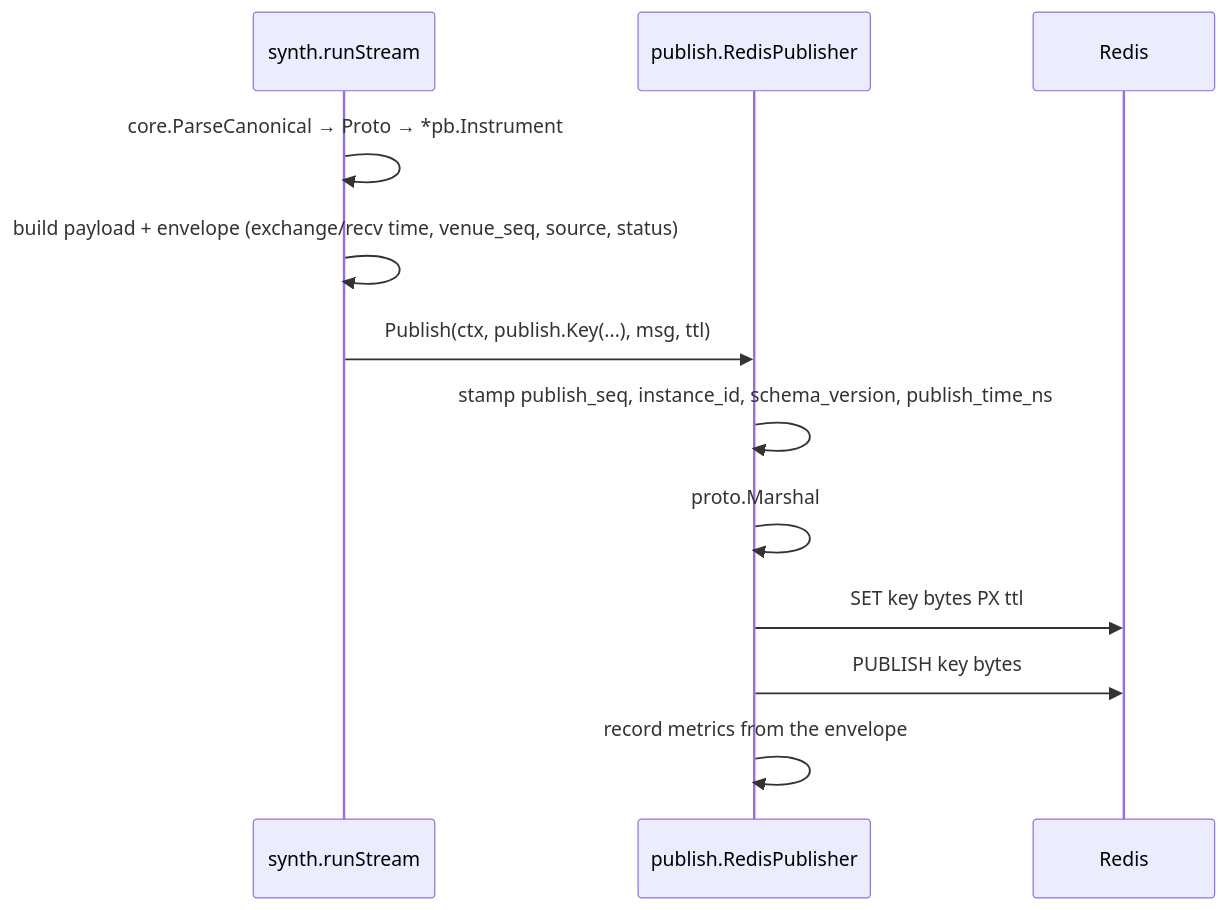
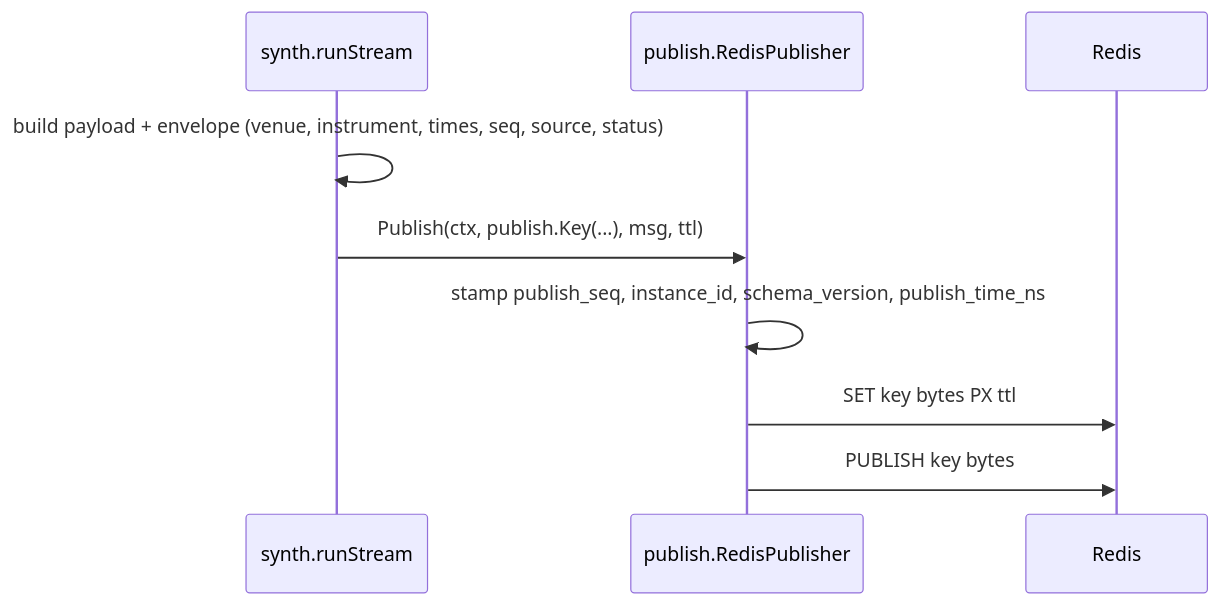
One commit to mrfatolahi1/Manooch changed the second of 2 diagrams in docs/architecture.md. Above: the diagram before and after it, drawn with Mermaid. The commit also changed other lines of this file and 10 other files, not shown here.

````diff
--- a/docs/architecture.md
+++ b/docs/architecture.md
@@ -50,14 +44,11 @@
 ```mermaid
 sequenceDiagram
   participant S as synth.runStream
   participant P as publish.RedisPublisher
   participant R as Redis
-  S->>S: core.ParseCanonical → Proto → *pb.Instrument
-  S->>S: build payload + envelope (exchange/recv time, venue_seq, source, status)
+  S->>S: build payload + envelope (venue, instrument, times, seq, source, status)
   S->>P: Publish(ctx, publish.Key(...), msg, ttl)
   P->>P: stamp publish_seq, instance_id, schema_version, publish_time_ns
-  P->>P: proto.Marshal
   P->>R: SET key bytes PX ttl
   P->>R: PUBLISH key bytes
-  P->>P: record metrics from the envelope
 ```
````
